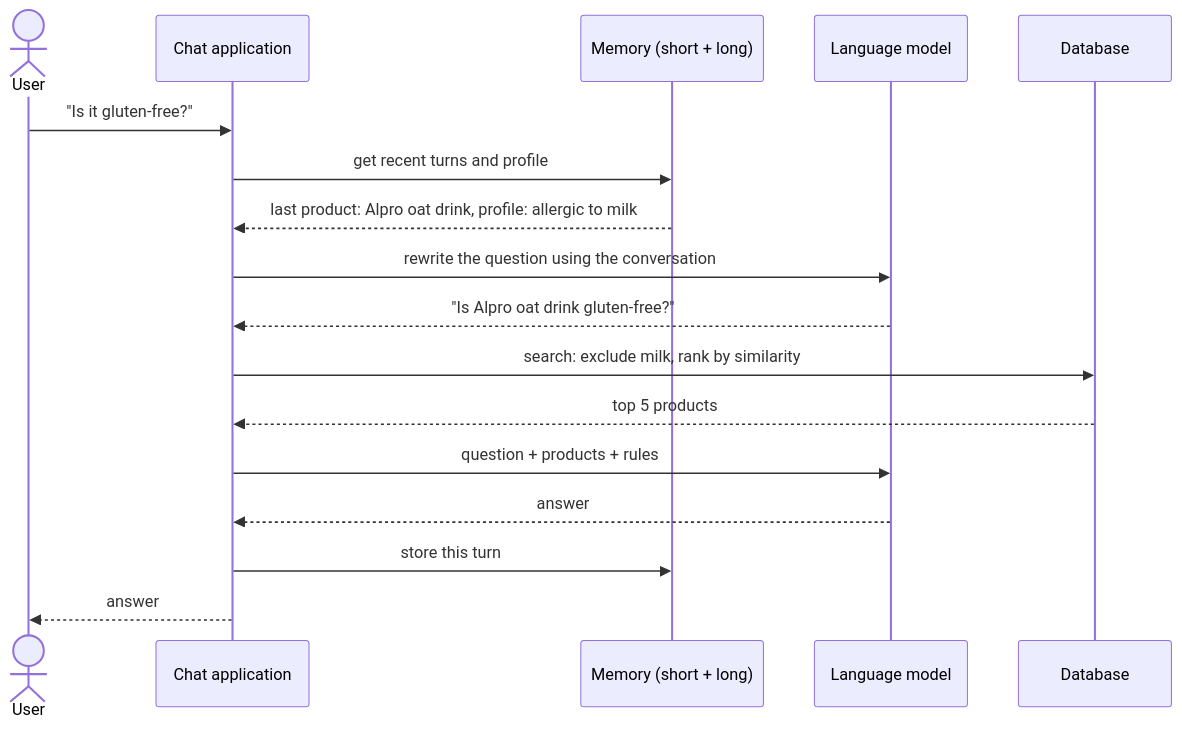
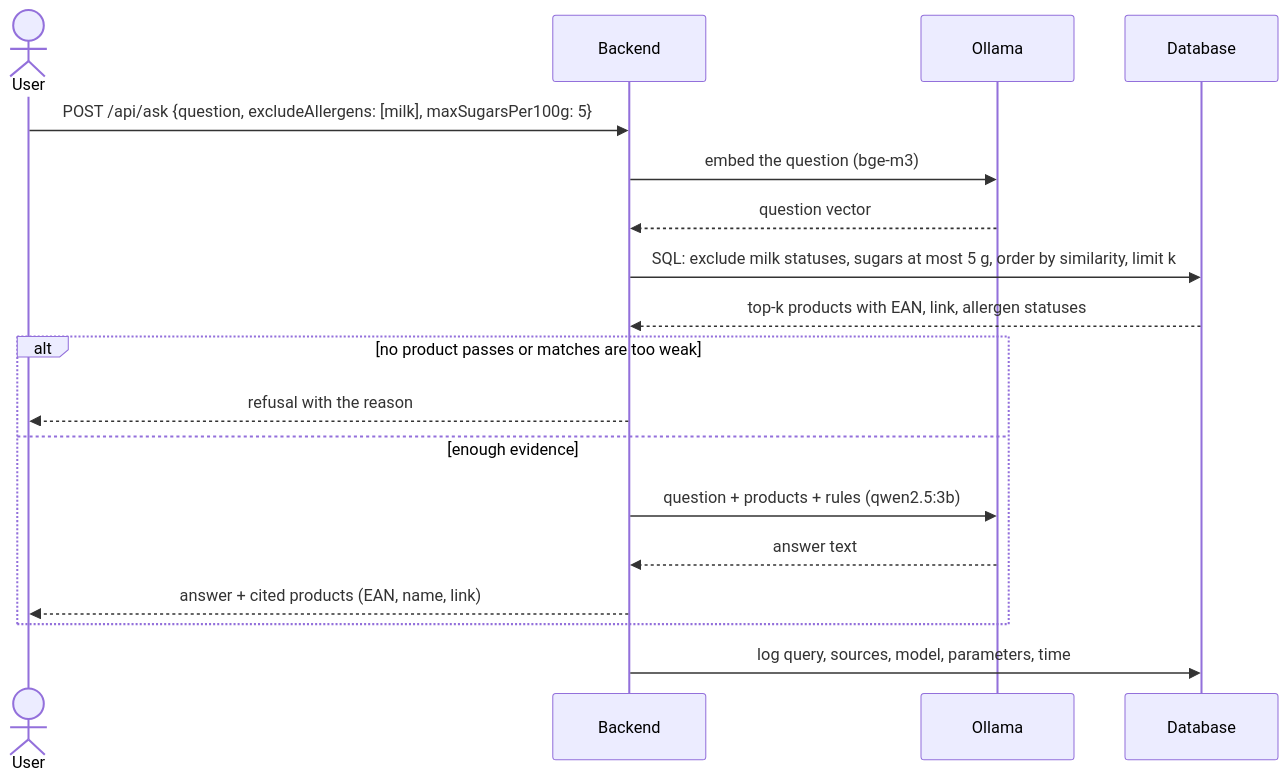
One commit to vmtoriia/rag-system changed the fourth of 4 diagrams in docs/ARCHITECTURE.md. Above: the diagram before and after it, drawn with Mermaid. The commit also changed other lines of this file and 3 other files, not shown here.

Commit message:
Align documentation with the project assignment: Java backend, hybrid search, allergen statuses

````diff
--- a/docs/ARCHITECTURE.md
+++ b/docs/ARCHITECTURE.md
@@ -156,20 +155,21 @@
 ```mermaid
 sequenceDiagram
     actor U as User
-    participant C as Chat application
-    participant M as Memory (short + long)
-    participant L as Language model
+    participant B as Backend
+    participant O as Ollama
     participant D as Database
 
-    U->>C: "Is it gluten-free?"
-    C->>M: get recent turns and profile
-    M-->>C: last product: Alpro oat drink, profile: allergic to milk
-    C->>L: rewrite the question using the conversation
-    L-->>C: "Is Alpro oat drink gluten-free?"
-    C->>D: search: exclude milk, rank by similarity
-    D-->>C: top 5 products
-    C->>L: question + products + rules
-    L-->>C: answer
-    C->>M: store this turn
-    C-->>U: answer
+    U->>B: POST /api/ask {question, excludeAllergens: [milk], maxSugarsPer100g: 5}
+    B->>O: embed the question (bge-m3)
+    O-->>B: question vector
+    B->>D: SQL: exclude milk statuses, sugars at most 5 g, order by similarity, limit k
+    D-->>B: top-k products with EAN, link, allergen statuses
+    alt no product passes or matches are too weak
+        B-->>U: refusal with the reason
+    else enough evidence
+        B->>O: question + products + rules (qwen2.5:3b)
+        O-->>B: answer text
+        B-->>U: answer + cited products (EAN, name, link)
+    end
+    B->>D: log query, sources, model, parameters, time
 ```
````
